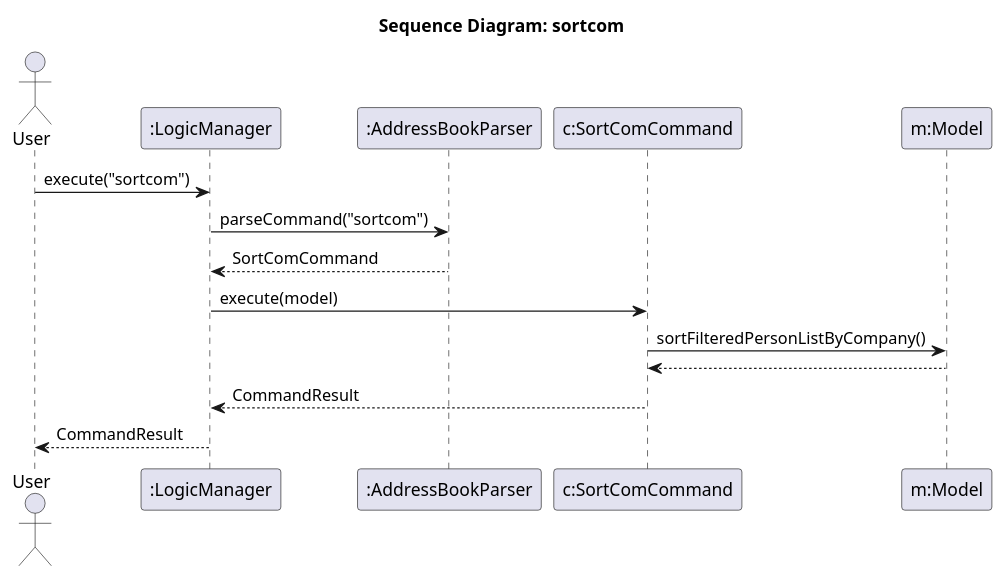
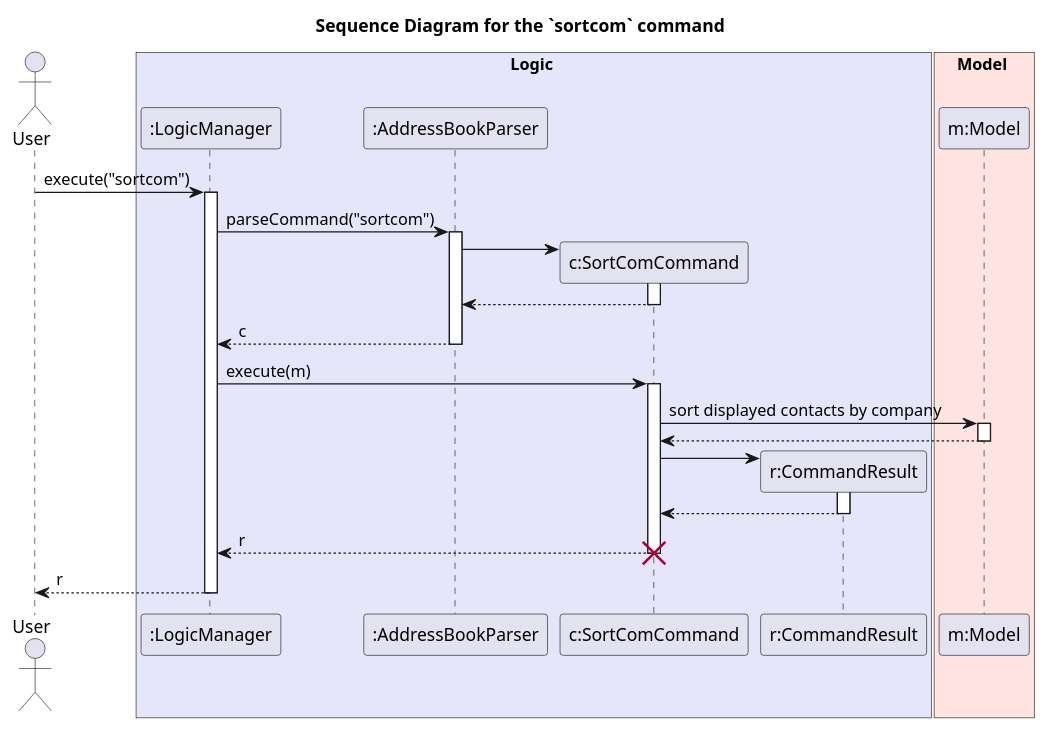
Before and after one commit to savagexr3/tp: the diagram in docs/diagrams/company/SortComSequenceDiagram.puml, drawn with PlantUML. The commit also changed 5 other files, not shown here.

```diff
--- a/docs/diagrams/company/SortComSequenceDiagram.puml
+++ b/docs/diagrams/company/SortComSequenceDiagram.puml
@@ -1,20 +1,55 @@
 @startuml
-title Sequence Diagram: sortcom
+title Sequence Diagram for the `sortcom` command
 
 actor User
+
+box Logic #E6E6FA
 participant ":LogicManager" as Logic
 participant ":AddressBookParser" as ABParser
 participant "c:SortComCommand" as Command
+participant "r:CommandResult" as Result
+end box
+
+box Model #FFE4E1
 participant "m:Model" as Model
+end box
 
 User -> Logic : execute("sortcom")
+activate Logic
+
 Logic -> ABParser : parseCommand("sortcom")
-ABParser --> Logic : SortComCommand
+activate ABParser
 
-Logic -> Command : execute(model)
-Command -> Model : sortFilteredPersonListByCompany()
+create Command
+ABParser -> Command
+activate Command
+
+ABParser <-- Command
+deactivate Command
+
+Logic <-- ABParser : c
+deactivate ABParser
+
+Logic -> Command : execute(m)
+activate Command
+
+Command -> Model : sort displayed contacts by company
+activate Model
 Model --> Command
-Command --> Logic : CommandResult
-Logic --> User : CommandResult
+deactivate Model
+
+create Result
+Command -> Result
+activate Result
+Result --> Command
+deactivate Result
+
+Logic <-- Command : r
+deactivate Command
+
+destroy Command
+
+User <-- Logic : r
+deactivate Logic
 
 @enduml
```
